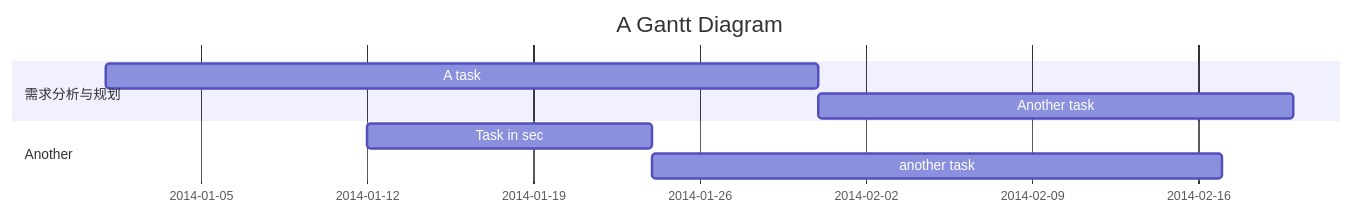
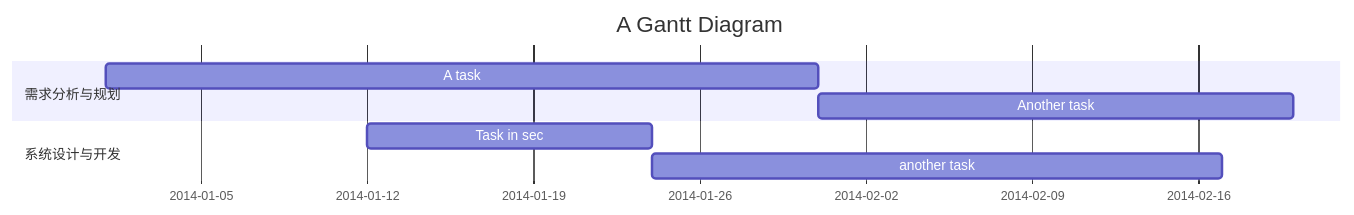
Before and after one commit to libobo6/iodraw-files: the diagram in all/代码甘特图.md, drawn with Mermaid.

Commit message:
2025-01-14 10:53:11 update

````diff
--- a/all/代码甘特图.md
+++ b/all/代码甘特图.md
@@ -1,11 +1,11 @@
 ```mermaid
 gantt
     title A Gantt Diagram
     dateFormat  YYYY-MM-DD
     section 需求分析与规划
     A task           :a1, 2014-01-01, 30d
     Another task     :after a1  , 20d
-    section Another
+    section 系统设计与开发
     Task in sec      :2014-01-12  , 12d
     another task      : 24d
 ```
````
